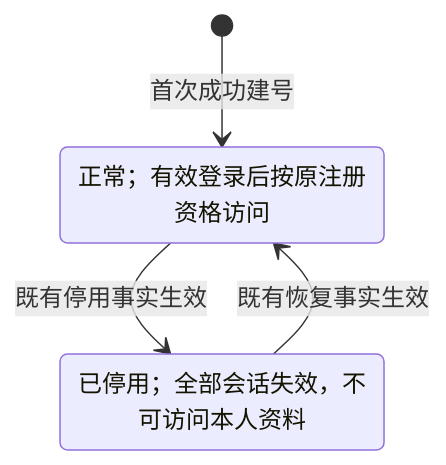
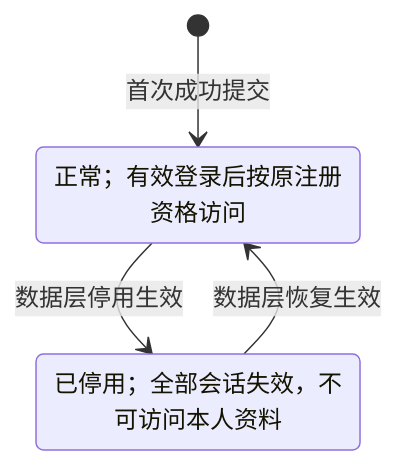
The ninth of 9 diagrams in lending-platform/PRD/面客端/02-资金方登录与账户体系/02-资金方登录与账户体系-流程图与状态机.md (wxblockchain/Chain-Financing), drawn with Mermaid before and after one commit. The commit also changed other lines of this file and 11 other files, not shown here.

````diff
--- a/lending-platform/PRD/面客端/02-资金方登录与账户体系/02-资金方登录与账户体系-流程图与状态机.md
+++ b/lending-platform/PRD/面客端/02-资金方登录与账户体系/02-资金方登录与账户体系-流程图与状态机.md
@@ -216,8 +214,8 @@
 ```mermaid
 stateDiagram-v2
-    [*] --> active: 首次成功建号
-    active --> disabled: 既有停用事实生效
-    disabled --> active: 既有恢复事实生效
+    [*] --> active: 首次成功提交
+    active --> disabled: 数据层停用生效
+    disabled --> active: 数据层恢复生效
     active: 正常；有效登录后按原注册资格访问
     disabled: 已停用；全部会话失效，不可访问本人资料
 ```
````
